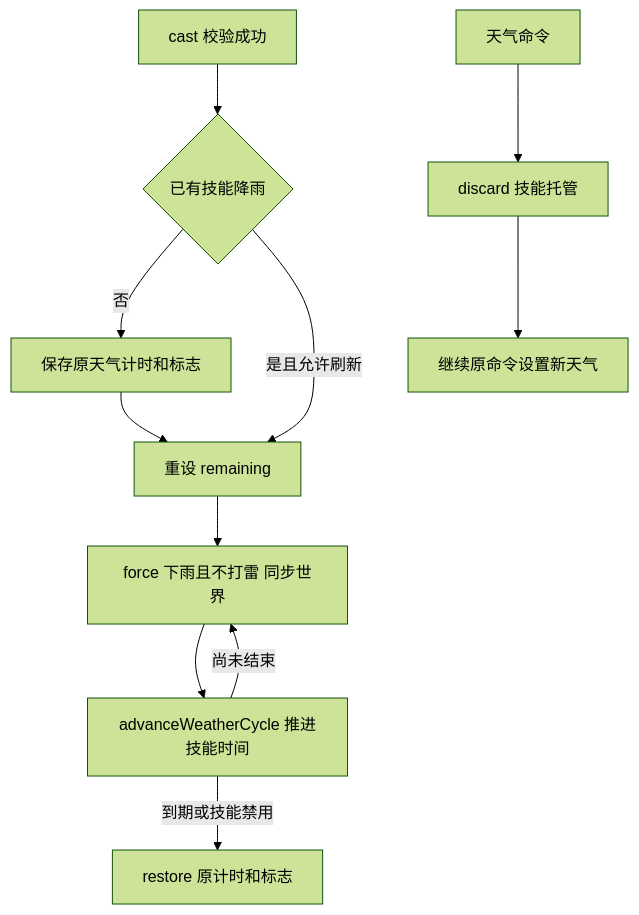
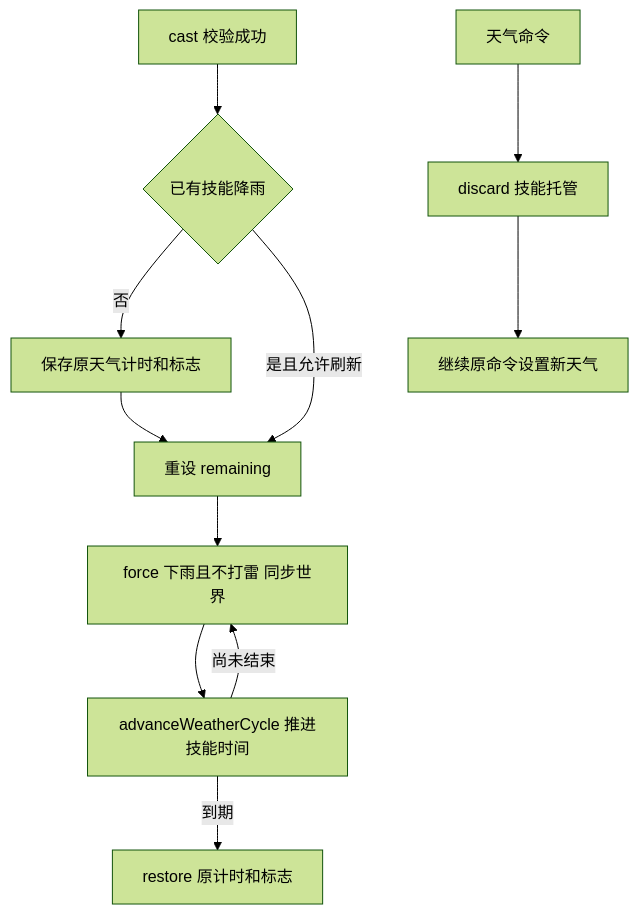
Before and after one commit to 3101516445z-dotcom/The-Long-Travail: the diagram in docs/开发者查阅/架构/链路/降雨状态与主动技能.md, drawn with Mermaid (forest theme). The commit also changed other lines of this file and 870 other files, not shown here.

````diff
--- a/docs/开发者查阅/架构/链路/降雨状态与主动技能.md
+++ b/docs/开发者查阅/架构/链路/降雨状态与主动技能.md
@@ -29,13 +31,13 @@
 ```mermaid
 flowchart TD
     A[cast 校验成功] --> B{已有技能降雨}
     B -->|否| C[保存原天气计时和标志]
     B -->|是且允许刷新| D[重设 remaining]
     C --> D
     D --> E[force 下雨且不打雷 同步世界]
     E --> F[advanceWeatherCycle 推进技能时间]
     F -->|尚未结束| E
-    F -->|到期或技能禁用| G[restore 原计时和标志]
+    F -->|到期| G[restore 原计时和标志]
     H[天气命令] --> I[discard 技能托管]
     I --> J[继续原命令设置新天气]
 ```
````
